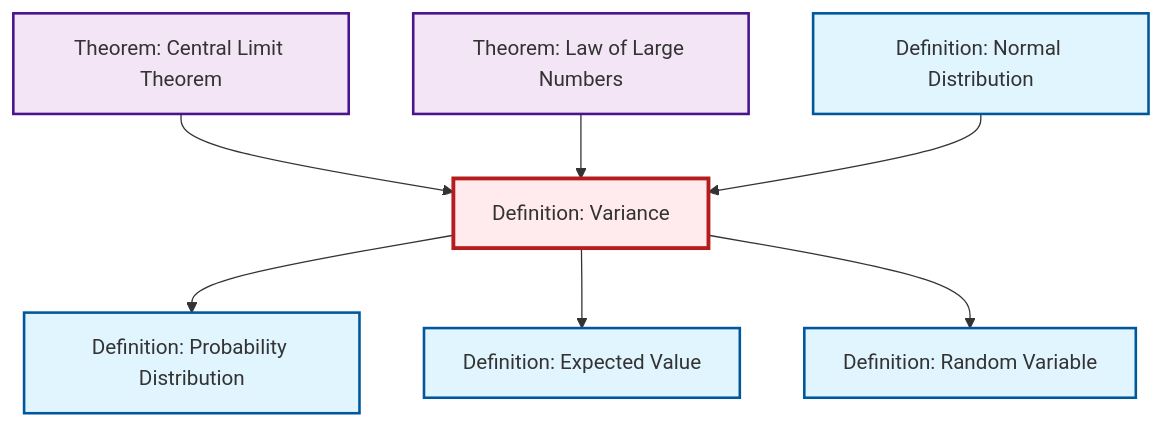
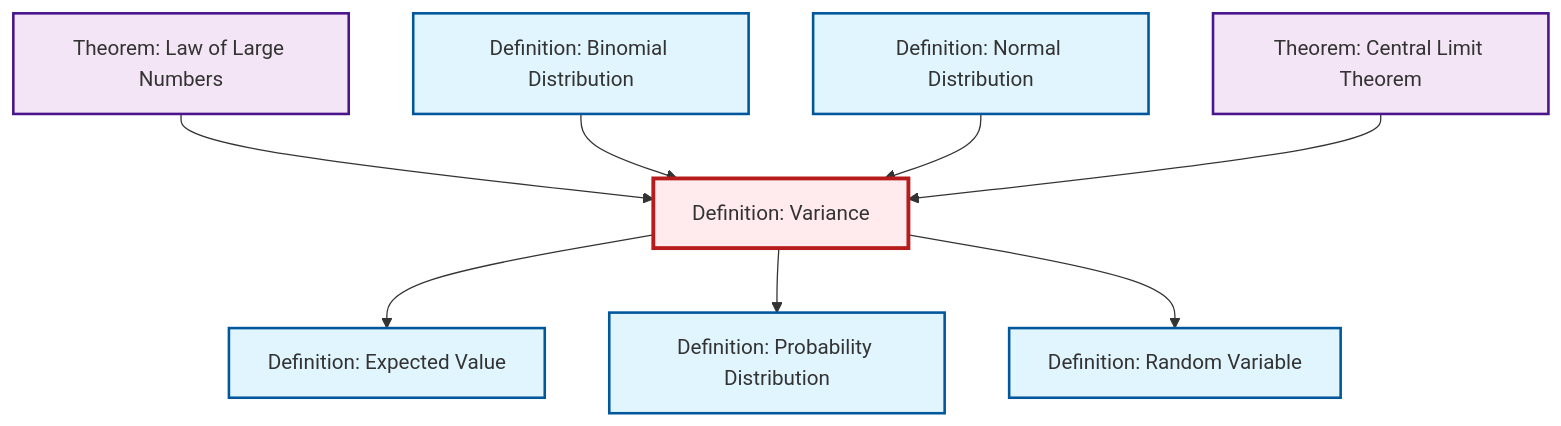
Before and after one commit to RK0429/ModernMath: the second of 2 diagrams in content/ja/probability-statistics/def-variance.qmd, drawn with Mermaid. The commit also changed 654 other files, not shown here.

````diff
--- a/content/ja/probability-statistics/def-variance.qmd
+++ b/content/ja/probability-statistics/def-variance.qmd
@@ -103,29 +103,32 @@
 ```{mermaid}
 %%| fig-cap: "Local dependency graph"
 graph TD
     classDef definition fill:#e1f5fe,stroke:#01579b,stroke-width:2px
     classDef theorem fill:#f3e5f5,stroke:#4a148c,stroke-width:2px
     classDef axiom fill:#fff3e0,stroke:#e65100,stroke-width:2px
     classDef example fill:#e8f5e9,stroke:#1b5e20,stroke-width:2px
     classDef current fill:#ffebee,stroke:#b71c1c,stroke-width:3px
-    thm-central-limit["Theorem: Central Limit Theorem"]:::theorem
     def-expectation["Definition: Expected Value"]:::definition
+    def-binomial-distribution["Definition: Binomial Distribution"]:::definition
+    thm-law-of-large-numbers["Theorem: Law of Large Numbers"]:::theorem
     def-variance["Definition: Variance"]:::definition
     def-probability-distribution["Definition: Probability Distribution"]:::definition
     def-normal-distribution["Definition: Normal Distribution"]:::definition
-    thm-law-of-large-numbers["Theorem: Law of Large Numbers"]:::theorem
     def-random-variable["Definition: Random Variable"]:::definition
+    thm-central-limit["Theorem: Central Limit Theorem"]:::theorem
+    def-variance --> def-expectation
+    thm-law-of-large-numbers --> def-variance
+    def-binomial-distribution --> def-variance
     def-variance --> def-probability-distribution
-    def-variance --> def-expectation
+    def-normal-distribution --> def-variance
     thm-central-limit --> def-variance
-    thm-law-of-large-numbers --> def-variance
-    def-normal-distribution --> def-variance
     def-variance --> def-random-variable
     class def-variance current
-    click thm-central-limit "thm-central-limit.html" "Theorem: Central Limit Theoremへ"
     click def-expectation "def-expectation.html" "Definition: Expected Valueへ"
+    click def-binomial-distribution "def-binomial-distribution.html" "Definition: Binomial Distributionへ"
+    click thm-law-of-large-numbers "thm-law-of-large-numbers.html" "Theorem: Law of Large Numbersへ"
     click def-probability-distribution "def-probability-distribution.html" "Definition: Probability Distributionへ"
     click def-normal-distribution "def-normal-distribution.html" "Definition: Normal Distributionへ"
-    click thm-law-of-large-numbers "thm-law-of-large-numbers.html" "Theorem: Law of Large Numbersへ"
     click def-random-variable "def-random-variable.html" "Definition: Random Variableへ"
+    click thm-central-limit "thm-central-limit.html" "Theorem: Central Limit Theoremへ"
 ```
````
